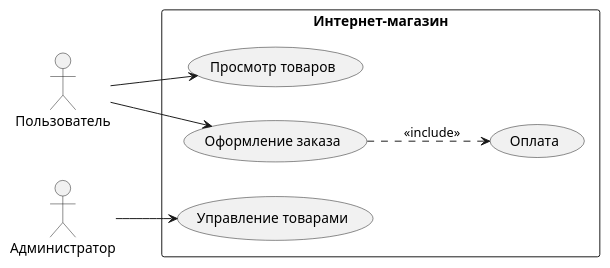
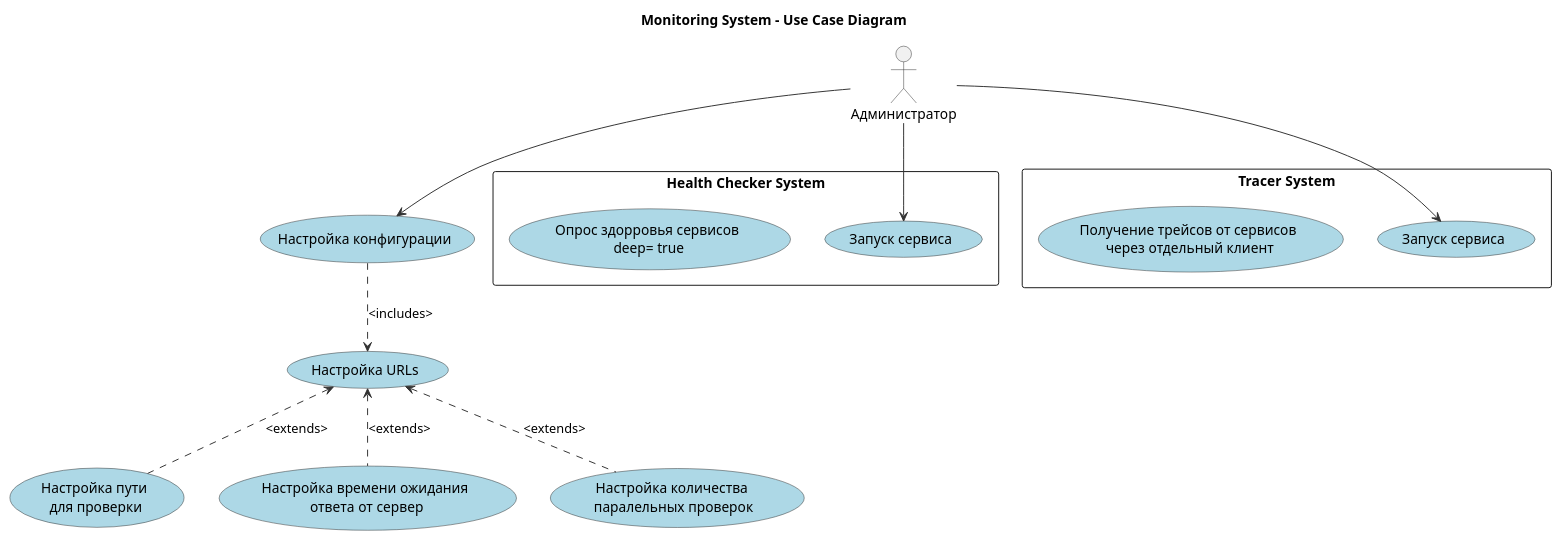
Before and after one commit to seriykordinal/health-checker-proj: the diagram in UseCase.puml, drawn with PlantUML. The commit also changed 4 other files, not shown here.

```diff
--- a/UseCase.puml
+++ b/UseCase.puml
@@ -1,17 +1,45 @@
-@startuml UseCase
-left to right direction
-actor Пользователь as User
-actor Администратор as Admin
+@startuml Monitoring_UseCase
+title Monitoring System - Use Case Diagram
 
-rectangle "Интернет-магазин" {
-  usecase "Просмотр товаров" as UC1
-  usecase "Оформление заказа" as UC2
-  usecase "Оплата" as UC3
-  usecase "Управление товарами" as UC4
+skinparam actorBorderColor #333
+skinparam usecaseBorderColor #333
+skinparam usecase {
+    BackgroundColor #LightBlue
+    BorderColor #333
+    ArrowColor #333
 }
 
-User --> UC1
-User --> UC2
-UC2 ..> UC3 : <<include>>
-Admin --> UC4
+actor "Администратор" as Admin
+
+
+usecase "Настройка конфигурации" as UC1
+usecase "Настройка URLs" as UC2
+usecase "Настройка пути\n для проверки" as UC3
+usecase "Настройка времени ожидания\n ответа от сервер" as UC4
+usecase "Настройка количества\n паралельных проверок" as UC5
+
+
+rectangle "Health Checker System" {
+    usecase "Запуск сервиса" as HC1
+    usecase "Опрос здорровья сервисов\n deep= true" as HC2
+
+}
+
+rectangle "Tracer System" {
+    usecase "Запуск сервиса" as T1
+    usecase "Получение трейсов от сервисов\n через отдельный клиент" as T3
+
+}
+
+
+Admin --> UC1 
+Admin --> T1
+Admin --> HC1
+
+
+UC1 ..> UC2: <includes> 
+UC2 <.. UC3: <extends>
+UC2 <.. UC4: <extends>
+UC2 <.. UC5: <extends>
+
 @enduml
```
